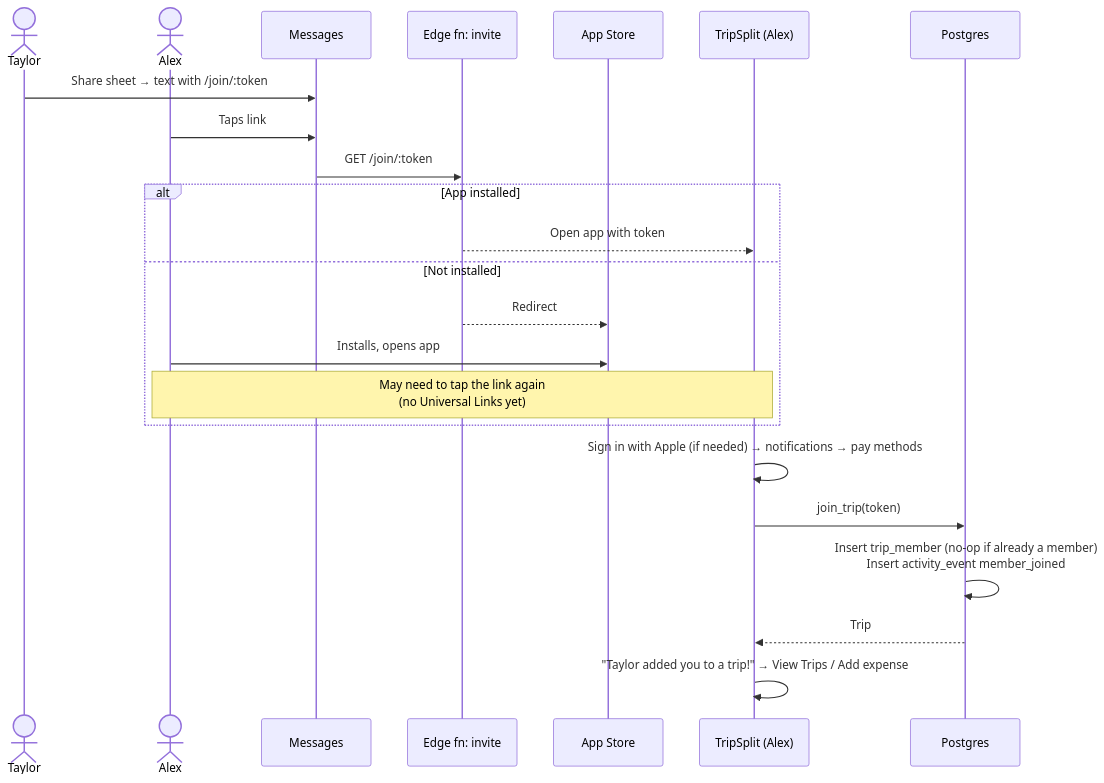
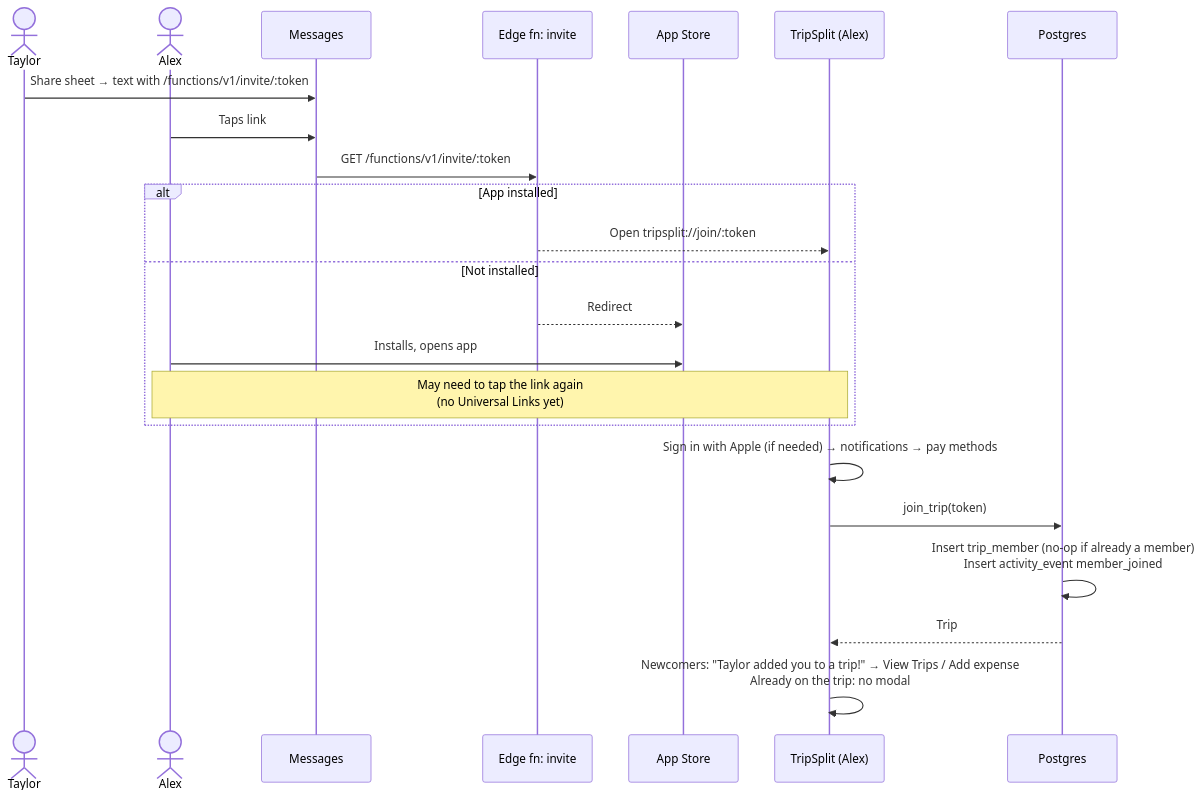
One commit to taytayrad/tripsplit-ios changed the first of 6 diagrams in docs/flows.md. Above: the diagram before and after it, drawn with Mermaid. The commit also changed 26 other files, not shown here.

First line of the commit message:
Phase 2: sign in, onboarding, trips, invite links, welcome modal

````diff
--- a/docs/flows.md
+++ b/docs/flows.md
@@ -7,26 +7,26 @@
 ```mermaid
 sequenceDiagram
     actor T as Taylor
     actor A as Alex
     participant Msg as Messages
     participant Inv as Edge fn: invite
     participant Store as App Store
     participant App as TripSplit (Alex)
     participant DB as Postgres
 
-    T->>Msg: Share sheet → text with /join/:token
+    T->>Msg: Share sheet → text with /functions/v1/invite/:token
     A->>Msg: Taps link
-    Msg->>Inv: GET /join/:token
+    Msg->>Inv: GET /functions/v1/invite/:token
     alt App installed
-        Inv-->>App: Open app with token
+        Inv-->>App: Open tripsplit://join/:token
     else Not installed
         Inv-->>Store: Redirect
         A->>Store: Installs, opens app
         Note over A,App: May need to tap the link again<br/>(no Universal Links yet)
     end
     App->>App: Sign in with Apple (if needed) → notifications → pay methods
     App->>DB: join_trip(token)
     DB->>DB: Insert trip_member (no-op if already a member)<br/>Insert activity_event member_joined
     DB-->>App: Trip
-    App->>App: "Taylor added you to a trip!" → View Trips / Add expense
+    App->>App: Newcomers: "Taylor added you to a trip!" → View Trips / Add expense<br/>Already on the trip: no modal
 ```
````
